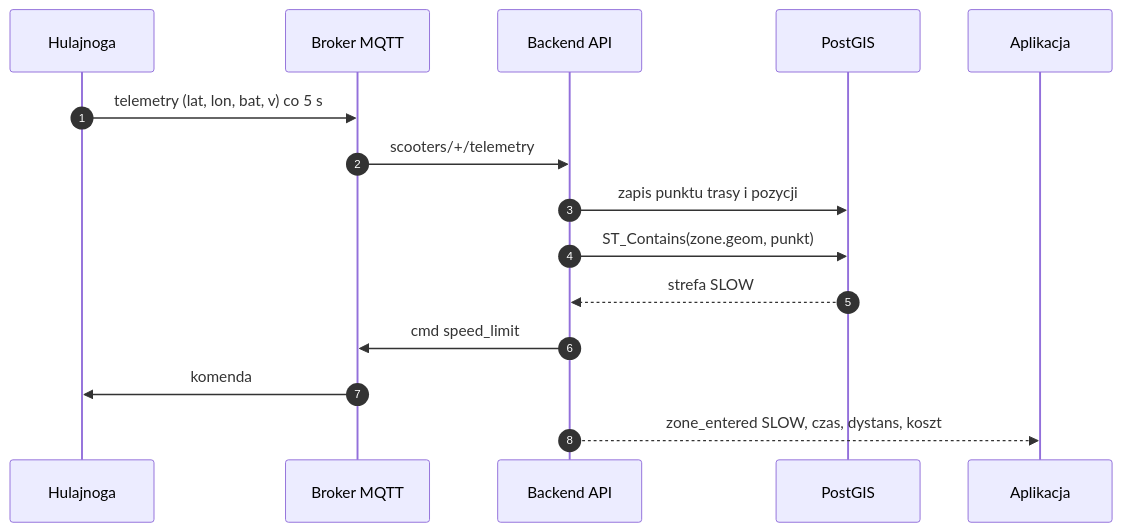
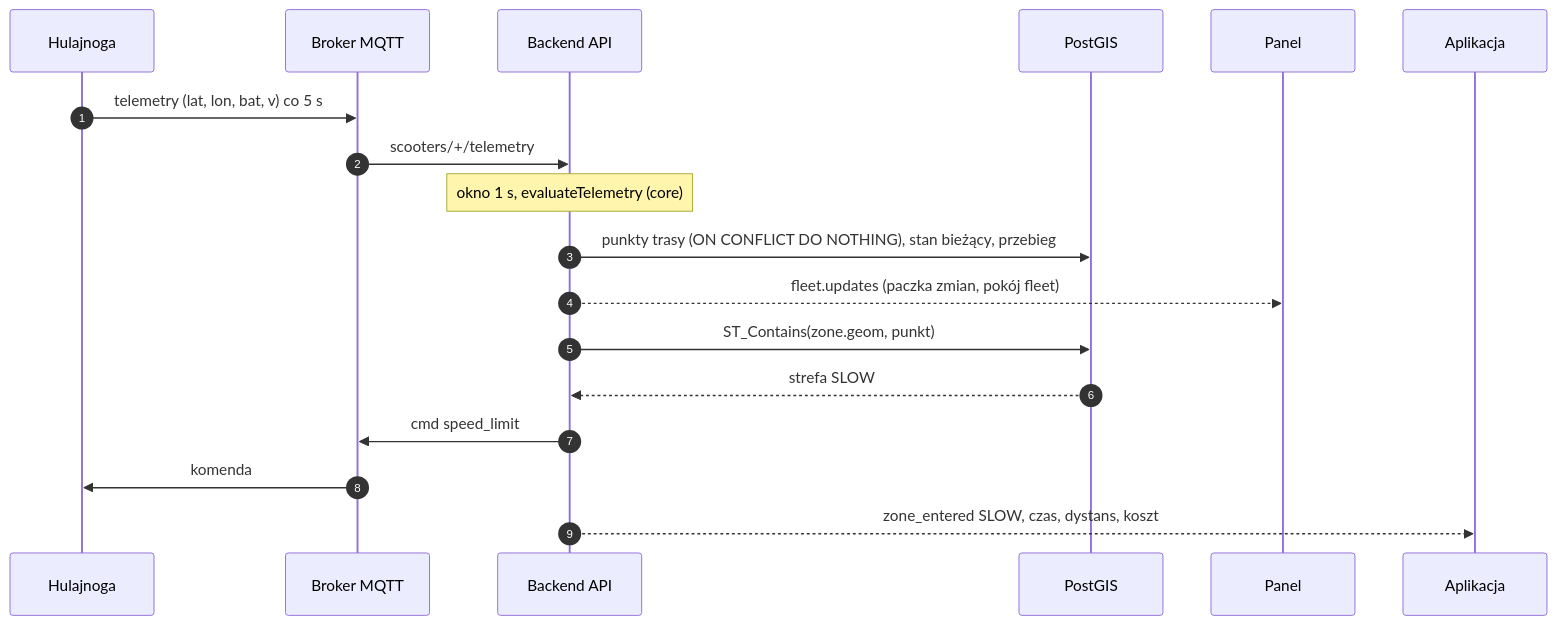
One commit to FifiLen/engineering-project changed the third of 8 diagrams in docs/arc42/06-widok-czasu-dzialania.md. Above: the diagram before and after it, drawn with Mermaid. The commit also changed other lines of this file and 123 other files, not shown here.

````diff
--- a/docs/arc42/06-widok-czasu-dzialania.md
+++ b/docs/arc42/06-widok-czasu-dzialania.md
@@ -53,17 +55,20 @@
 ```mermaid
 sequenceDiagram
     autonumber
     participant H as Hulajnoga
     participant MQ as Broker MQTT
     participant API as Backend API
     participant DB as PostGIS
+    participant P as Panel
     participant A as Aplikacja
     H->>MQ: telemetry (lat, lon, bat, v) co 5 s
     MQ->>API: scooters/+/telemetry
-    API->>DB: zapis punktu trasy i pozycji
+    Note over API: okno 1 s, evaluateTelemetry (core)
+    API->>DB: punkty trasy (ON CONFLICT DO NOTHING), stan bieżący, przebieg
+    API-->>P: fleet.updates (paczka zmian, pokój fleet)
     API->>DB: ST_Contains(zone.geom, punkt)
     DB-->>API: strefa SLOW
     API->>MQ: cmd speed_limit
     MQ->>H: komenda
     API-->>A: zone_entered SLOW, czas, dystans, koszt
 ```
````
